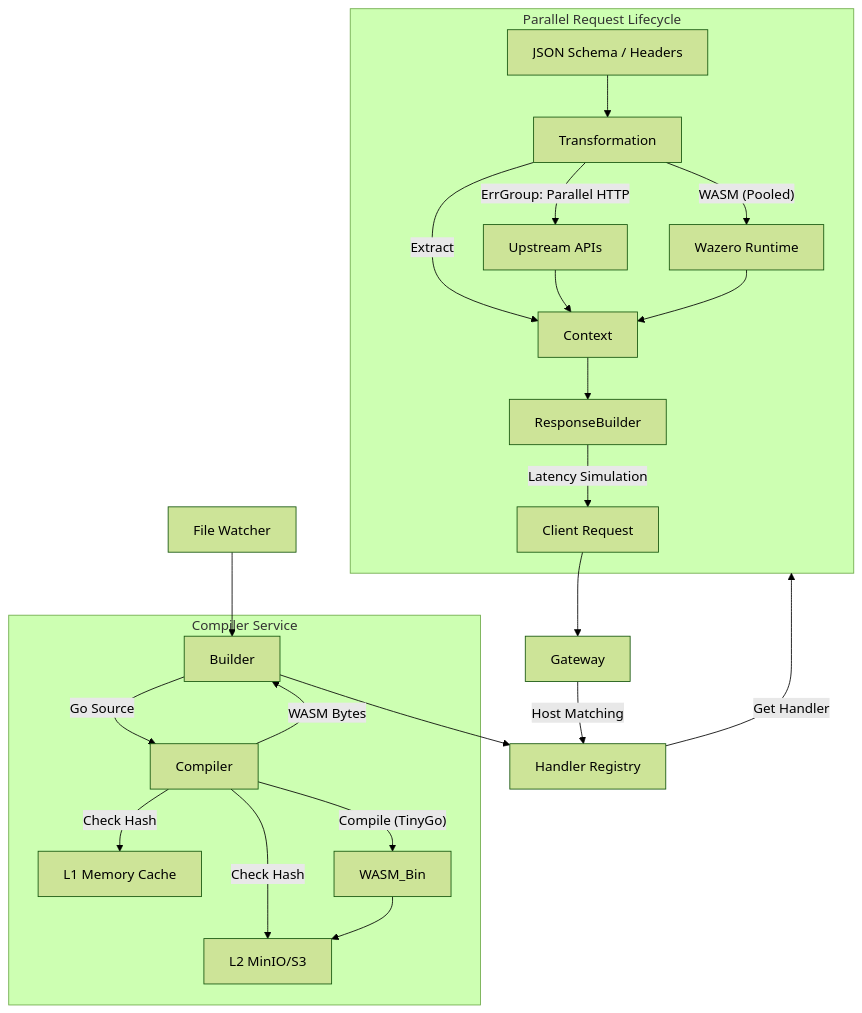
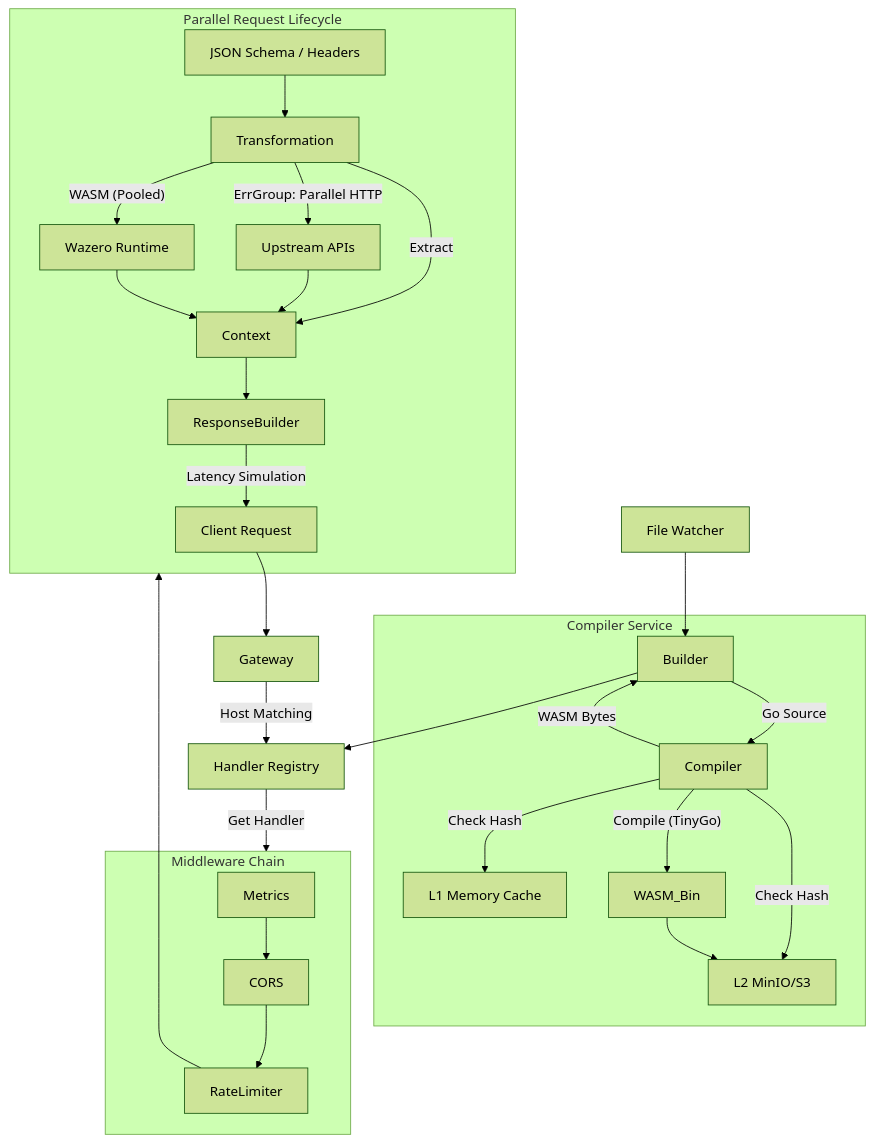
One commit to axis0047/mimicore changed the diagram in README.md. Above: the diagram before and after it, drawn with Mermaid (forest theme). The commit also changed other lines of this file and 1 other file, not shown here.

````diff
--- a/README.md
+++ b/README.md
@@ -120,30 +120,36 @@
 ```mermaid
 graph TD
     User[Client Request] --> Gateway
     Watcher[File Watcher] --> Builder
     
     subgraph Compiler_Service [Compiler Service]
         Builder -- "Go Source" --> Compiler
         Compiler -- "Check Hash" --> L1_Memory[L1 Memory Cache]
         Compiler -- "Check Hash" --> L2_S3[L2 MinIO/S3]
         Compiler -- "Compile (TinyGo)" --> WASM_Bin
         WASM_Bin --> L2_S3
     end
     
     Compiler -- "WASM Bytes" --> Builder
     Builder --> Registry[Handler Registry]
     
     Gateway -- "Host Matching" --> Registry
-    Registry -- "Get Handler" --> V2Engine
+    Registry -- "Get Handler" --> Middleware
+    
+    subgraph Middleware [Middleware Chain]
+        Metrics --> CORS --> RateLimiter
+    end
+    
+    RateLimiter --> V2Engine
     
     subgraph V2Engine [Parallel Request Lifecycle]
         Validation[JSON Schema / Headers] --> Transformation
         Transformation -- "Extract" --> Context
         Transformation -- "ErrGroup: Parallel HTTP" --> Upstream[Upstream APIs]
         Transformation -- "WASM (Pooled)" --> Runtime[Wazero Runtime]
         Upstream --> Context
         Runtime --> Context
         Context --> ResponseBuilder
         ResponseBuilder -- "Latency Simulation" --> User
     end
 ```
````
